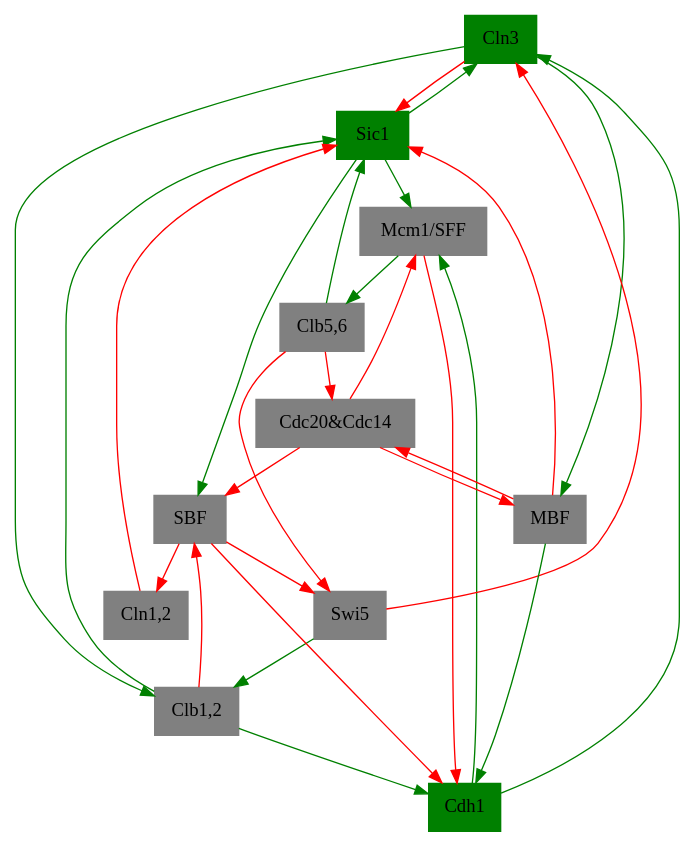
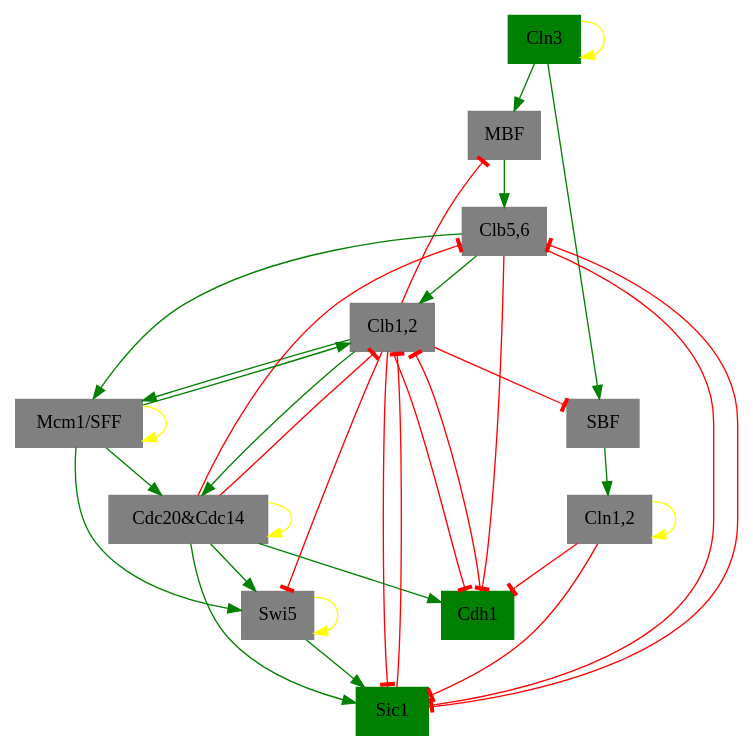
Before and after one commit to ellaqezi/cellCycle: the diagram in temporal/1.gv, drawn with Graphviz. The commit also changed 31 other files, not shown here.

```diff
--- a/temporal/1.gv
+++ b/temporal/1.gv
@@ -1,59 +1,70 @@
-digraph 10001000100  {
+digraph "10001000100"  {
 "Cln3" [shape=box, color=green, style=filled];
-	edge [color=green]; 
-	"Cdh1" -> "Cln3";
-	"Sic1" -> "Cln3";
-	edge [color=red]; 
-	"Swi5" -> "Cln3";
+	edge [color=yellow, arrowhead=normal]; 
+	"Cln3" -> "Cln3";
 "MBF" [shape=box, color=gray, style=filled];
-	edge [color=green]; 
+	edge [color=green, arrowhead=normal]; 
 	"Cln3" -> "MBF";
-	edge [color=red]; 
-	"Cdc20&Cdc14" -> "MBF";
+	edge [color=red, arrowhead=tee]; 
+	"Clb1,2" -> "MBF";
 "SBF" [shape=box, color=gray, style=filled];
-	edge [color=green]; 
-	"Sic1" -> "SBF";
-	edge [color=red]; 
-	"Cdc20&Cdc14" -> "SBF";
+	edge [color=green, arrowhead=normal]; 
+	"Cln3" -> "SBF";
+	edge [color=red, arrowhead=tee]; 
 	"Clb1,2" -> "SBF";
 "Cln1,2" [shape=box, color=gray, style=filled];
-	edge [color=red]; 
+	edge [color=yellow, arrowhead=normal]; 
+	"Cln1,2" -> "Cln1,2";
+	edge [color=green, arrowhead=normal]; 
 	"SBF" -> "Cln1,2";
 "Cdh1" [shape=box, color=green, style=filled];
-	edge [color=green]; 
+	edge [color=green, arrowhead=normal]; 
+	"Cdc20&Cdc14" -> "Cdh1";
+	edge [color=red, arrowhead=tee]; 
 	"Clb1,2" -> "Cdh1";
-	"MBF" -> "Cdh1";
-	edge [color=red]; 
-	"Mcm1/SFF" -> "Cdh1";
-	"SBF" -> "Cdh1";
+	"Clb5,6" -> "Cdh1";
+	"Cln1,2" -> "Cdh1";
 "Swi5" [shape=box, color=gray, style=filled];
-	edge [color=red]; 
-	"Clb5,6" -> "Swi5";
-	"SBF" -> "Swi5";
+	edge [color=yellow, arrowhead=normal]; 
+	"Swi5" -> "Swi5";
+	edge [color=green, arrowhead=normal]; 
+	"Cdc20&Cdc14" -> "Swi5";
+	"Mcm1/SFF" -> "Swi5";
+	edge [color=red, arrowhead=tee]; 
+	"Clb1,2" -> "Swi5";
 "Cdc20&Cdc14" [shape=box, color=gray, style=filled];
-	edge [color=red]; 
-	"Clb5,6" -> "Cdc20&Cdc14";
-	"MBF" -> "Cdc20&Cdc14";
+	edge [color=yellow, arrowhead=normal]; 
+	"Cdc20&Cdc14" -> "Cdc20&Cdc14";
+	edge [color=green, arrowhead=normal]; 
+	"Clb1,2" -> "Cdc20&Cdc14";
+	"Mcm1/SFF" -> "Cdc20&Cdc14";
 "Clb5,6" [shape=box, color=gray, style=filled];
-	edge [color=green]; 
-	"Mcm1/SFF" -> "Clb5,6";
+	edge [color=green, arrowhead=normal]; 
+	"MBF" -> "Clb5,6";
+	edge [color=red, arrowhead=tee]; 
+	"Cdc20&Cdc14" -> "Clb5,6";
+	"Sic1" -> "Clb5,6";
 "Sic1" [shape=box, color=green, style=filled];
-	edge [color=green]; 
+	edge [color=green, arrowhead=normal]; 
+	"Cdc20&Cdc14" -> "Sic1";
+	"Swi5" -> "Sic1";
+	edge [color=red, arrowhead=tee]; 
 	"Clb1,2" -> "Sic1";
 	"Clb5,6" -> "Sic1";
-	edge [color=red]; 
 	"Cln1,2" -> "Sic1";
-	"Cln3" -> "Sic1";
-	"MBF" -> "Sic1";
 "Clb1,2" [shape=box, color=gray, style=filled];
-	edge [color=green]; 
-	"Cln3" -> "Clb1,2";
-	"Swi5" -> "Clb1,2";
+	edge [color=green, arrowhead=normal]; 
+	"Clb5,6" -> "Clb1,2";
+	"Mcm1/SFF" -> "Clb1,2";
+	edge [color=red, arrowhead=tee]; 
+	"Cdc20&Cdc14" -> "Clb1,2";
+	"Cdh1" -> "Clb1,2";
+	"Sic1" -> "Clb1,2";
 "Mcm1/SFF" [shape=box, color=gray, style=filled];
-	edge [color=green]; 
-	"Cdh1" -> "Mcm1/SFF";
-	"Sic1" -> "Mcm1/SFF";
-	edge [color=red]; 
-	"Cdc20&Cdc14" -> "Mcm1/SFF";
+	edge [color=yellow, arrowhead=normal]; 
+	"Mcm1/SFF" -> "Mcm1/SFF";
+	edge [color=green, arrowhead=normal]; 
+	"Clb1,2" -> "Mcm1/SFF";
+	"Clb5,6" -> "Mcm1/SFF";
 
 }
```
